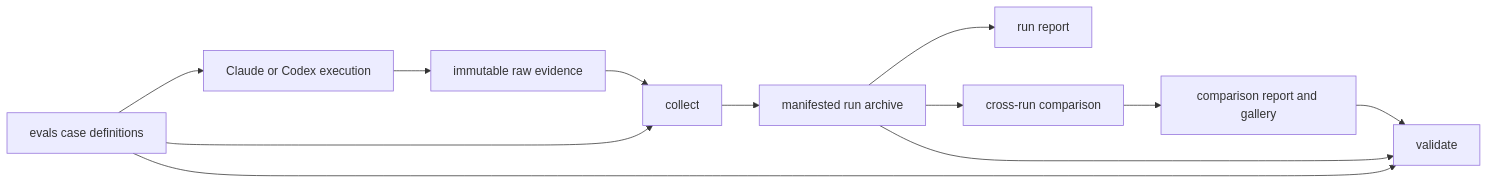
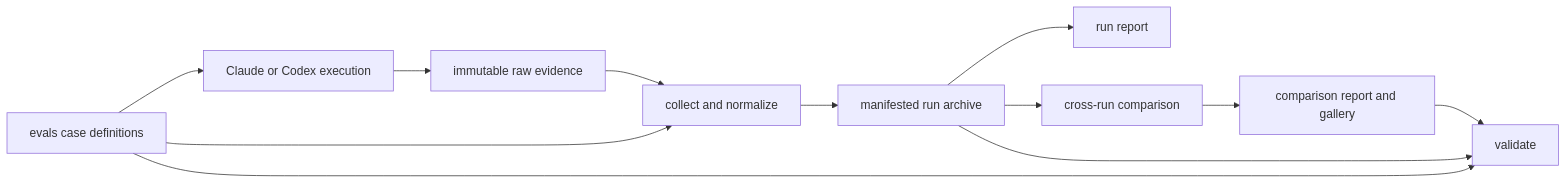
The diagram in docs/repository-refactor-design.md (yanggthomas/drawing-skill-evals), drawn with Mermaid before and after one commit. The commit also changed other lines of this file and 251 other files, not shown here.

````diff
--- a/docs/repository-refactor-design.md
+++ b/docs/repository-refactor-design.md
@@ -82,14 +82,14 @@
 ```mermaid
 flowchart LR
     Cases[evals case definitions] --> Runner[Claude or Codex execution]
     Runner --> Raw[immutable raw evidence]
-    Raw --> Collect[collect]
+    Raw --> Collect[collect and normalize]
     Cases --> Collect
     Collect --> Run[manifested run archive]
     Run --> Report[run report]
     Run --> Compare[cross-run comparison]
     Compare --> Comparison[comparison report and gallery]
     Cases --> Validate[validate]
     Run --> Validate
     Comparison --> Validate
 ```
````
